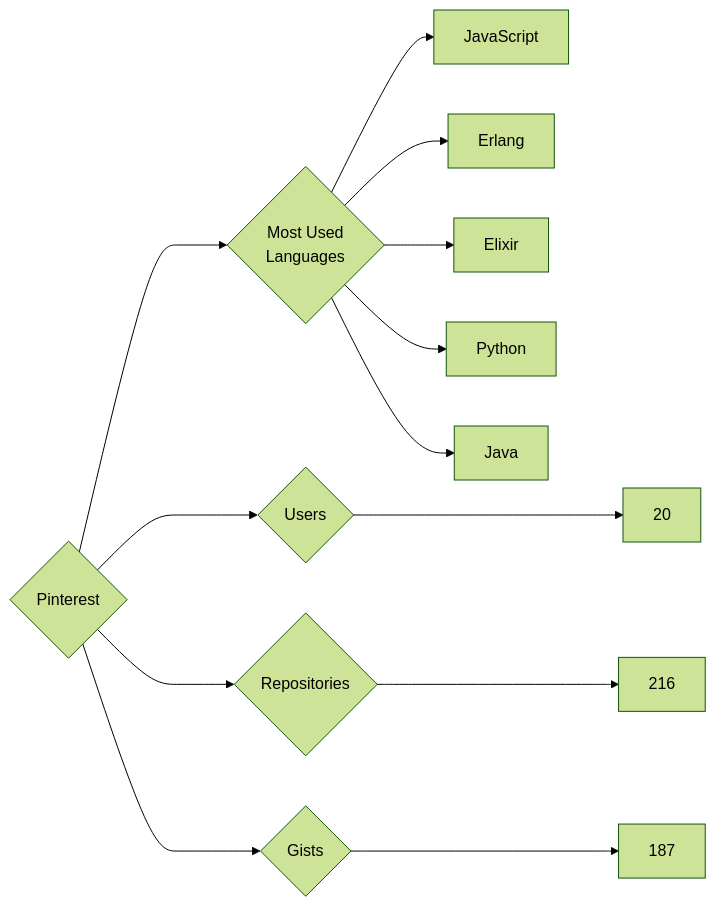
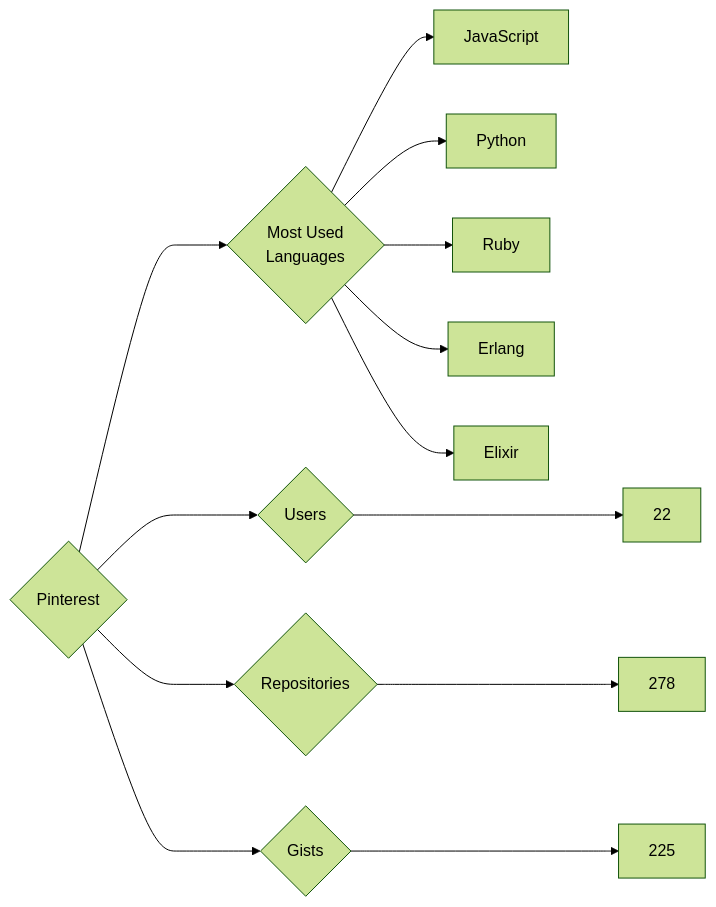
Before and after one commit to trickest/insiders: the diagram in targets/Pinterest/README.md, drawn with Mermaid (forest theme). The commit also changed 1389 other files, not shown here.

````diff
--- a/targets/Pinterest/README.md
+++ b/targets/Pinterest/README.md
@@ -3,13 +3,13 @@
 ```mermaid
 graph LR
 COMPANY_NAME{Pinterest}
-COMPANY_NAME ---> U{Users} ---> UN[20]
-COMPANY_NAME ---> R{Repositories} ---> RN[216]
-COMPANY_NAME ---> G{Gists} ---> GN[187]
+COMPANY_NAME ---> U{Users} ---> UN[22]
+COMPANY_NAME ---> R{Repositories} ---> RN[278]
+COMPANY_NAME ---> G{Gists} ---> GN[225]
 COMPANY_NAME ---> ML{Most Used<br>Languages}
 ML --> JavaScript[JavaScript]
+ML --> Python[Python]
+ML --> Ruby[Ruby]
 ML --> Erlang[Erlang]
 ML --> Elixir[Elixir]
-ML --> Python[Python]
-ML --> Java[Java]
 ```
````
